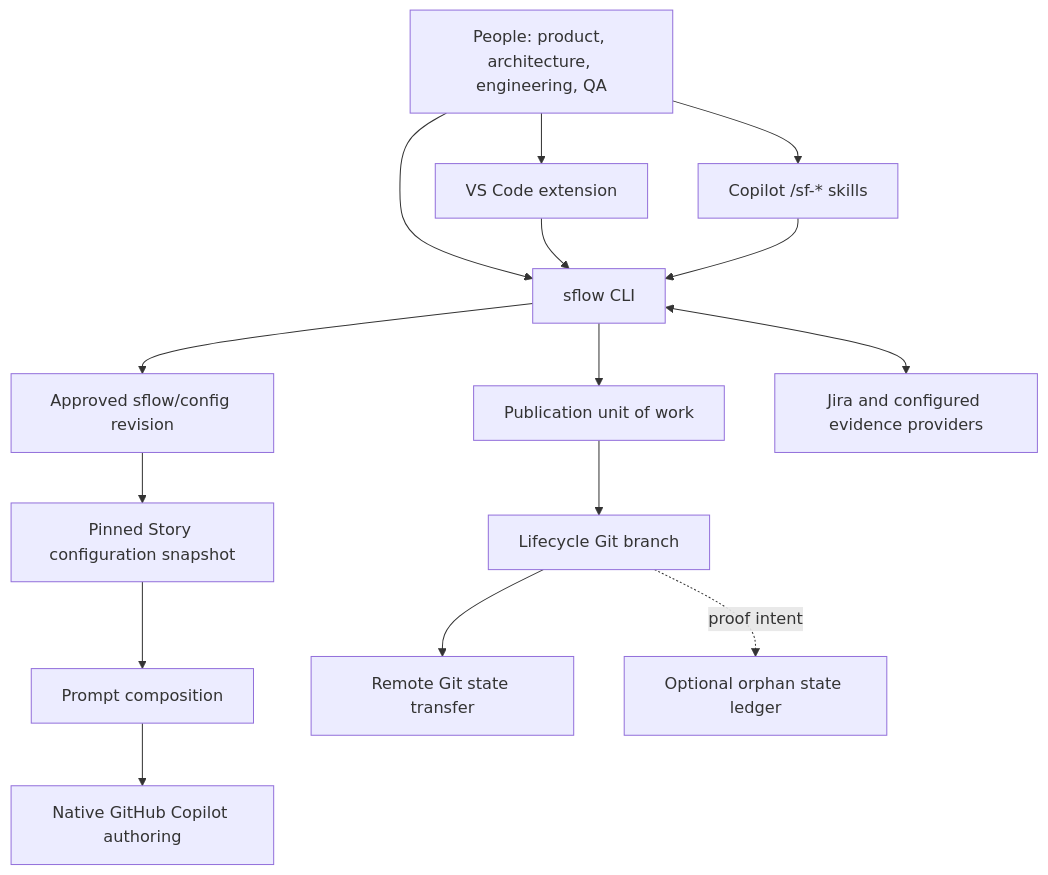
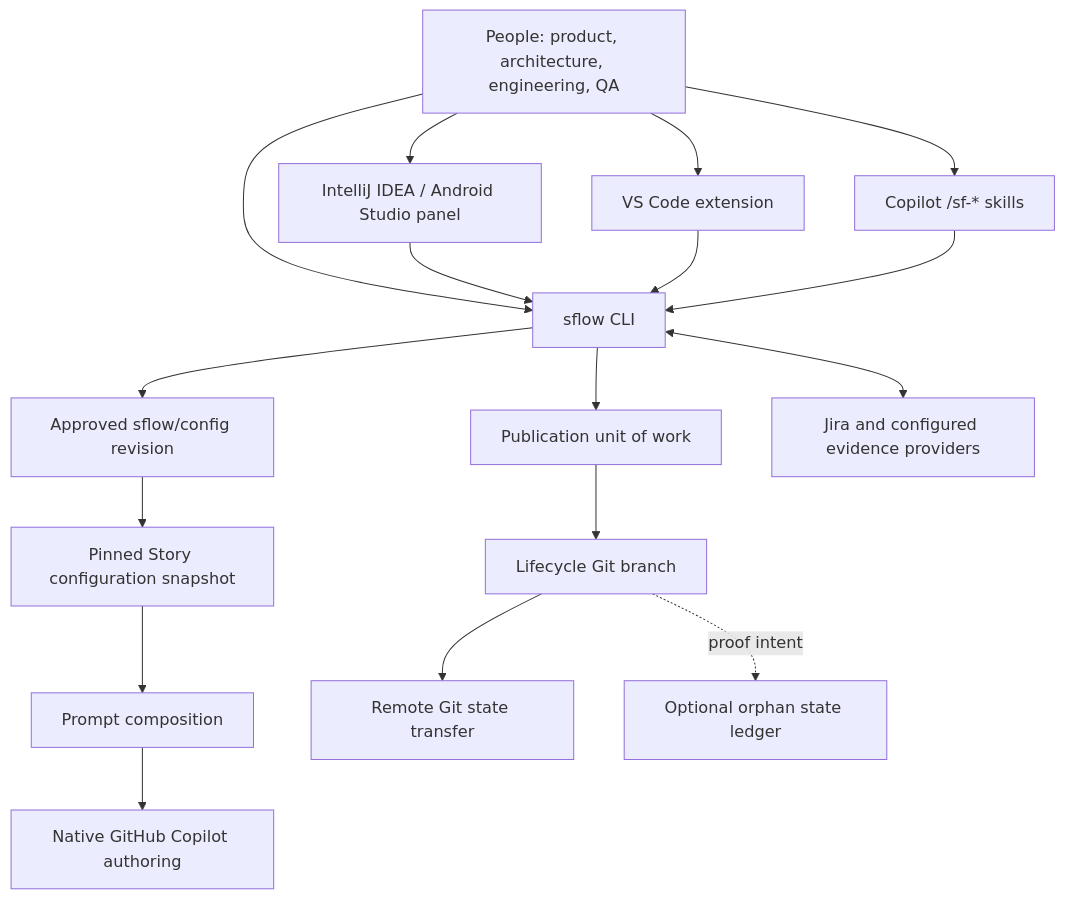
Before and after one commit to ashokraj2011/singularityflow: the first of 4 diagrams in ARCHITECTURE.md, drawn with Mermaid. The commit also changed other lines of this file and 61 other files, not shown here.

````diff
--- a/ARCHITECTURE.md
+++ b/ARCHITECTURE.md
@@ -31,17 +32,19 @@
 ```mermaid
 flowchart TB
   H["People: product, architecture, engineering, QA"] --> V["VS Code extension"]
   H --> C["Copilot /sf-* skills"]
   H --> T["sflow CLI"]
+  H --> I["IntelliJ IDEA / Android Studio panel"]
+  I --> T
   V --> T
   C --> T
   T --> X["Approved sflow/config revision"]
   X --> Y["Pinned Story configuration snapshot"]
   Y --> P["Prompt composition"]
   P --> AI["Native GitHub Copilot authoring"]
   T --> U["Publication unit of work"]
   U --> G["Lifecycle Git branch"]
   G --> R["Remote Git state transfer"]
   T <--> J["Jira and configured evidence providers"]
   G -. proof intent .-> L["Optional orphan state ledger"]
 ```
````
